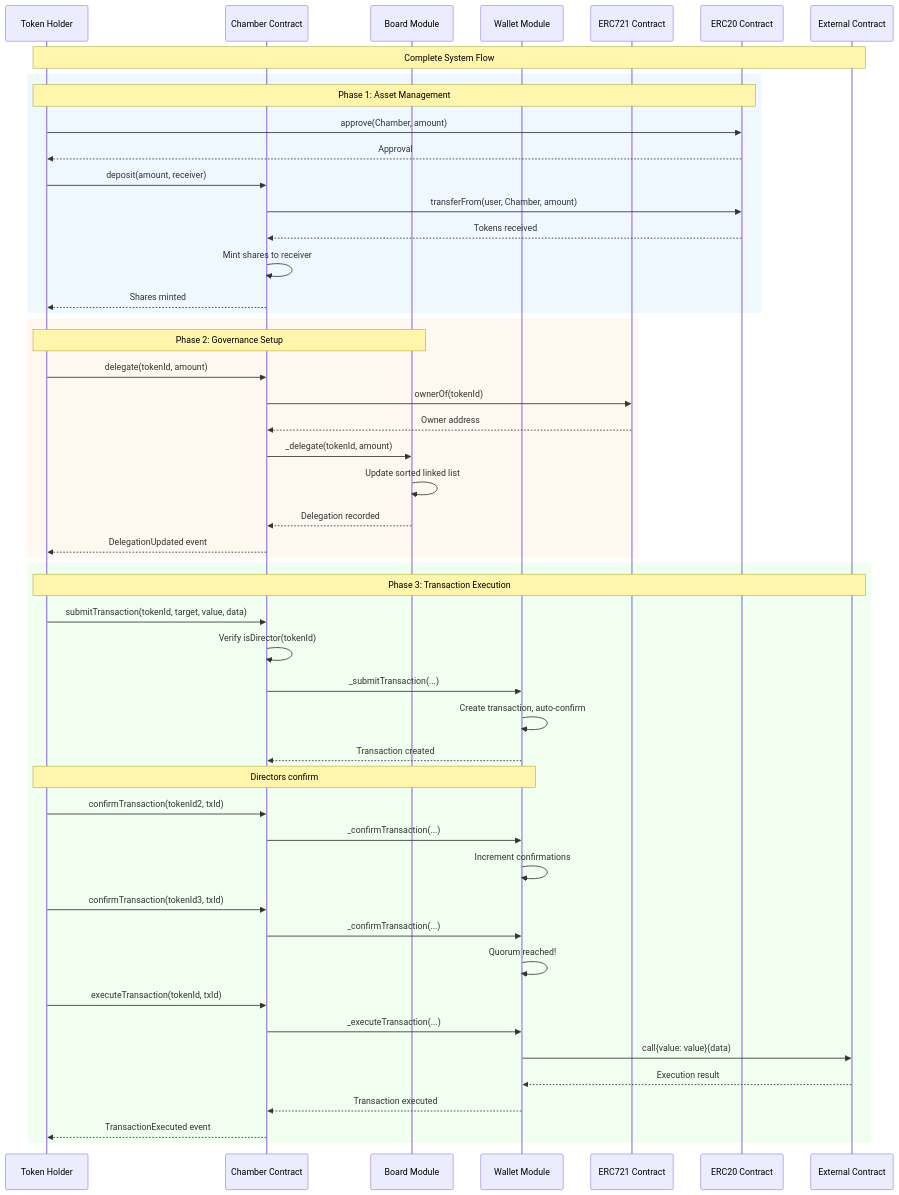
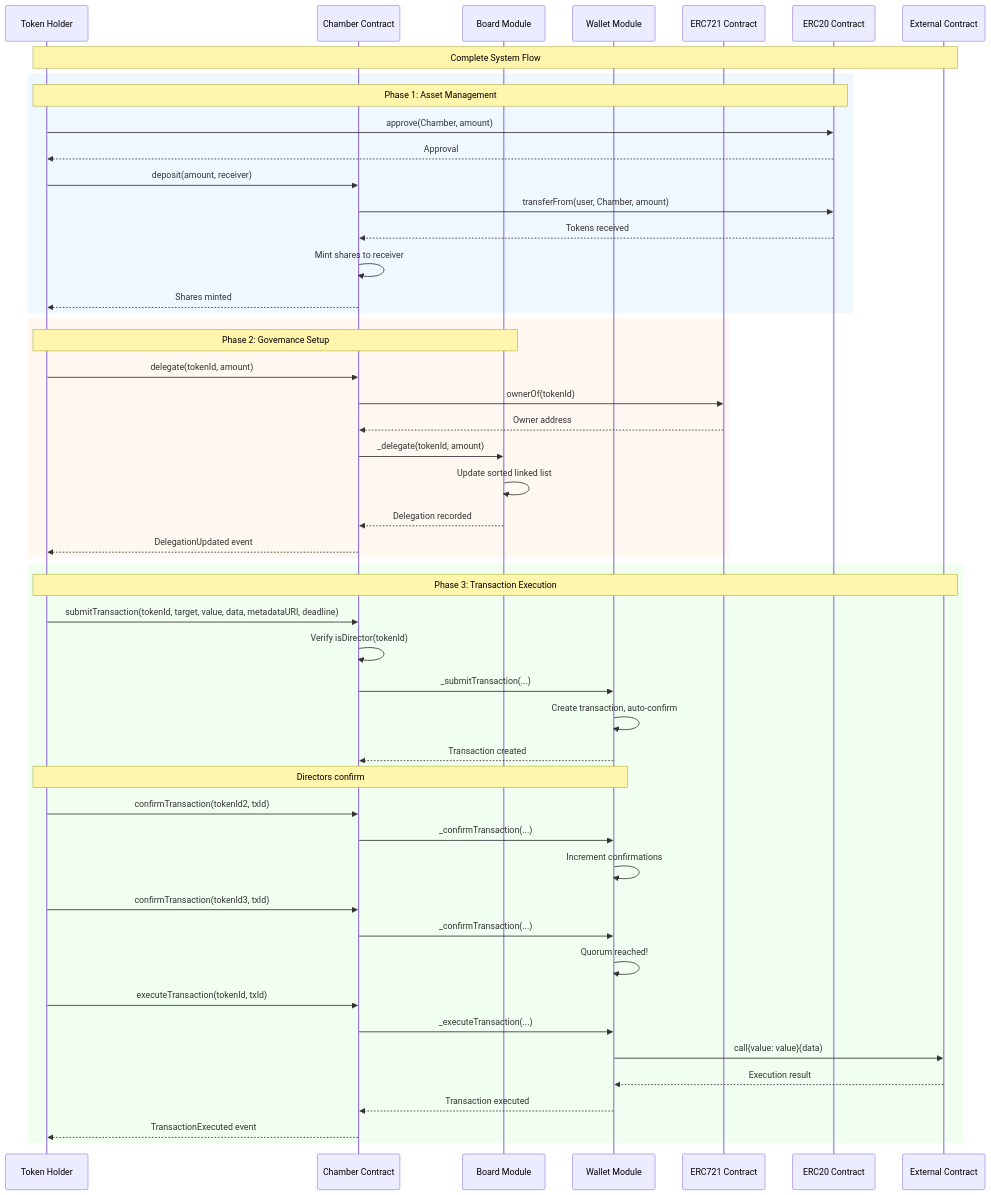
The first of 11 diagrams in docs/reference/sequence-diagrams.md (loreum-org/chamber), drawn with Mermaid before and after one commit. The commit also changed other lines of this file and 18 other files, not shown here.

````diff
--- a/docs/reference/sequence-diagrams.md
+++ b/docs/reference/sequence-diagrams.md
@@ -25,59 +25,59 @@
 ```mermaid
 sequenceDiagram
     participant User as Token Holder
     participant Chamber as Chamber Contract
     participant Board as Board Module
     participant Wallet as Wallet Module
     participant NFT as ERC721 Contract
     participant ERC20 as ERC20 Contract
     participant External as External Contract
 
     Note over User,External: Complete System Flow
 
     rect rgb(240, 248, 255)
         Note over User,ERC20: Phase 1: Asset Management
         User->>ERC20: approve(Chamber, amount)
         ERC20-->>User: Approval
         User->>Chamber: deposit(amount, receiver)
         Chamber->>ERC20: transferFrom(user, Chamber, amount)
         ERC20-->>Chamber: Tokens received
         Chamber->>Chamber: Mint shares to receiver
         Chamber-->>User: Shares minted
     end
 
     rect rgb(255, 248, 240)
         Note over User,Board: Phase 2: Governance Setup
         User->>Chamber: delegate(tokenId, amount)
         Chamber->>NFT: ownerOf(tokenId)
         NFT-->>Chamber: Owner address
         Chamber->>Board: _delegate(tokenId, amount)
         Board->>Board: Update sorted linked list
         Board-->>Chamber: Delegation recorded
         Chamber-->>User: DelegationUpdated event
     end
 
     rect rgb(240, 255, 240)
         Note over User,External: Phase 3: Transaction Execution
-        User->>Chamber: submitTransaction(tokenId, target, value, data)
+        User->>Chamber: submitTransaction(tokenId, target, value, data, metadataURI, deadline)
         Chamber->>Chamber: Verify isDirector(tokenId)
         Chamber->>Wallet: _submitTransaction(...)
         Wallet->>Wallet: Create transaction, auto-confirm
         Wallet-->>Chamber: Transaction created
         
         Note over User,Wallet: Directors confirm
         User->>Chamber: confirmTransaction(tokenId2, txId)
         Chamber->>Wallet: _confirmTransaction(...)
         Wallet->>Wallet: Increment confirmations
         
         User->>Chamber: confirmTransaction(tokenId3, txId)
         Chamber->>Wallet: _confirmTransaction(...)
         Wallet->>Wallet: Quorum reached!
         
         User->>Chamber: executeTransaction(tokenId, txId)
         Chamber->>Wallet: _executeTransaction(...)
         Wallet->>External: call{value: value}(data)
         External-->>Wallet: Execution result
         Wallet-->>Chamber: Transaction executed
         Chamber-->>User: TransactionExecuted event
     end
 ```
````
